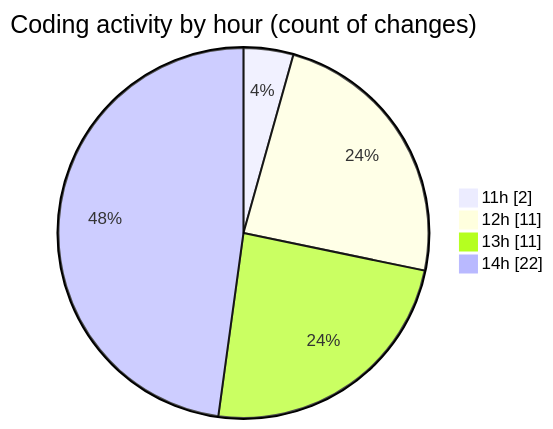
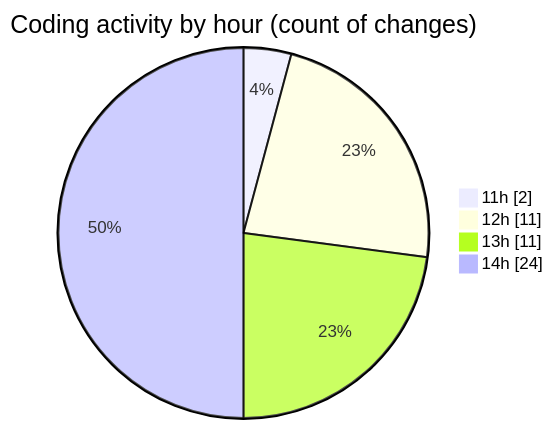
The second of 2 diagrams in 2025-04-04/cda/README.md (momahboobian/code-tracking), drawn with Mermaid before and after one commit. The commit also changed other lines of this file and 1 other file, not shown here.

````diff
--- a/2025-04-04/cda/README.md
+++ b/2025-04-04/cda/README.md
@@ -39,8 +42,8 @@
 ```mermaid
 pie showData
 title Coding activity by hour (count of changes)
 "11h" : 2
 "12h" : 11
 "13h" : 11
-"14h" : 22
+"14h" : 24
 ```
````
